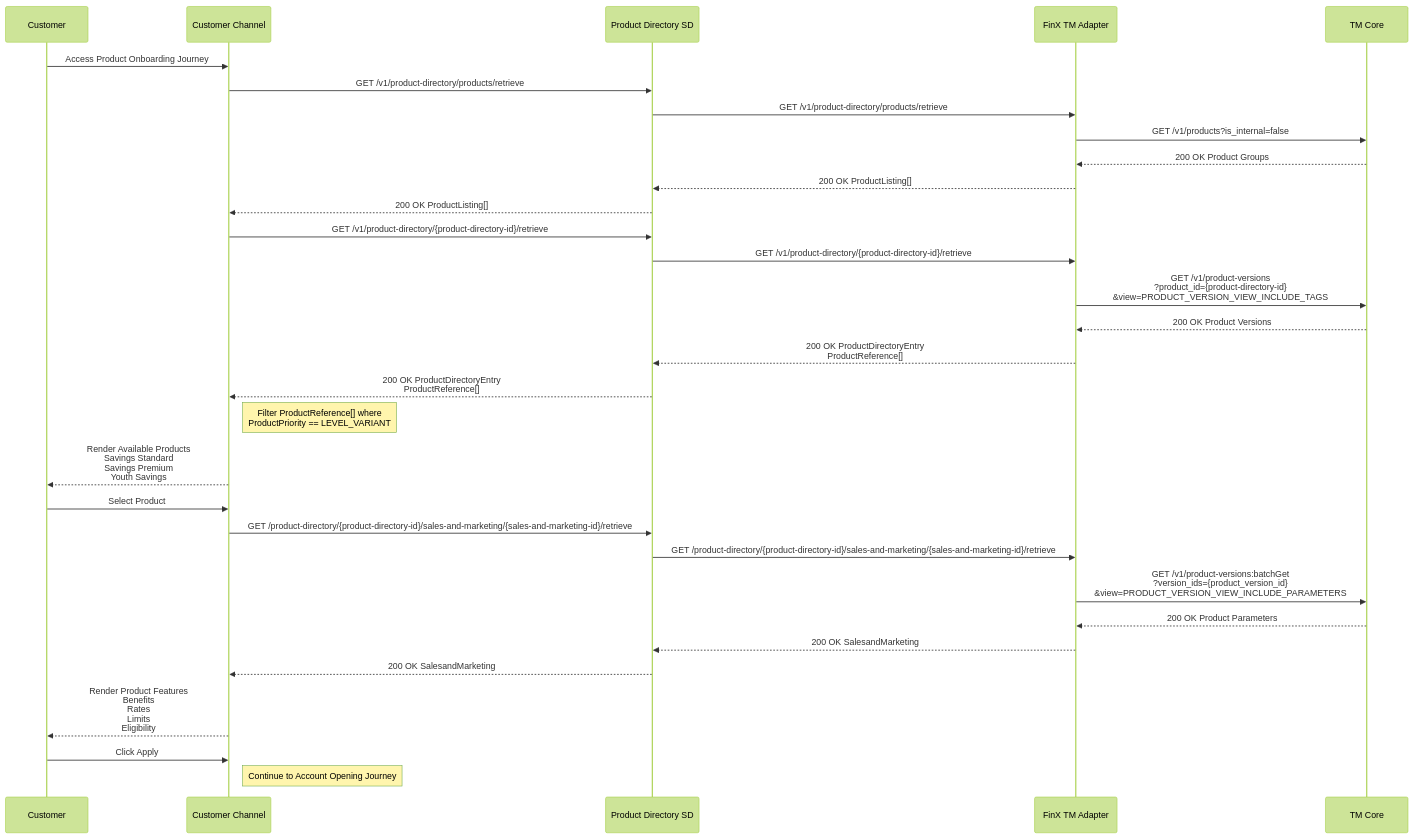
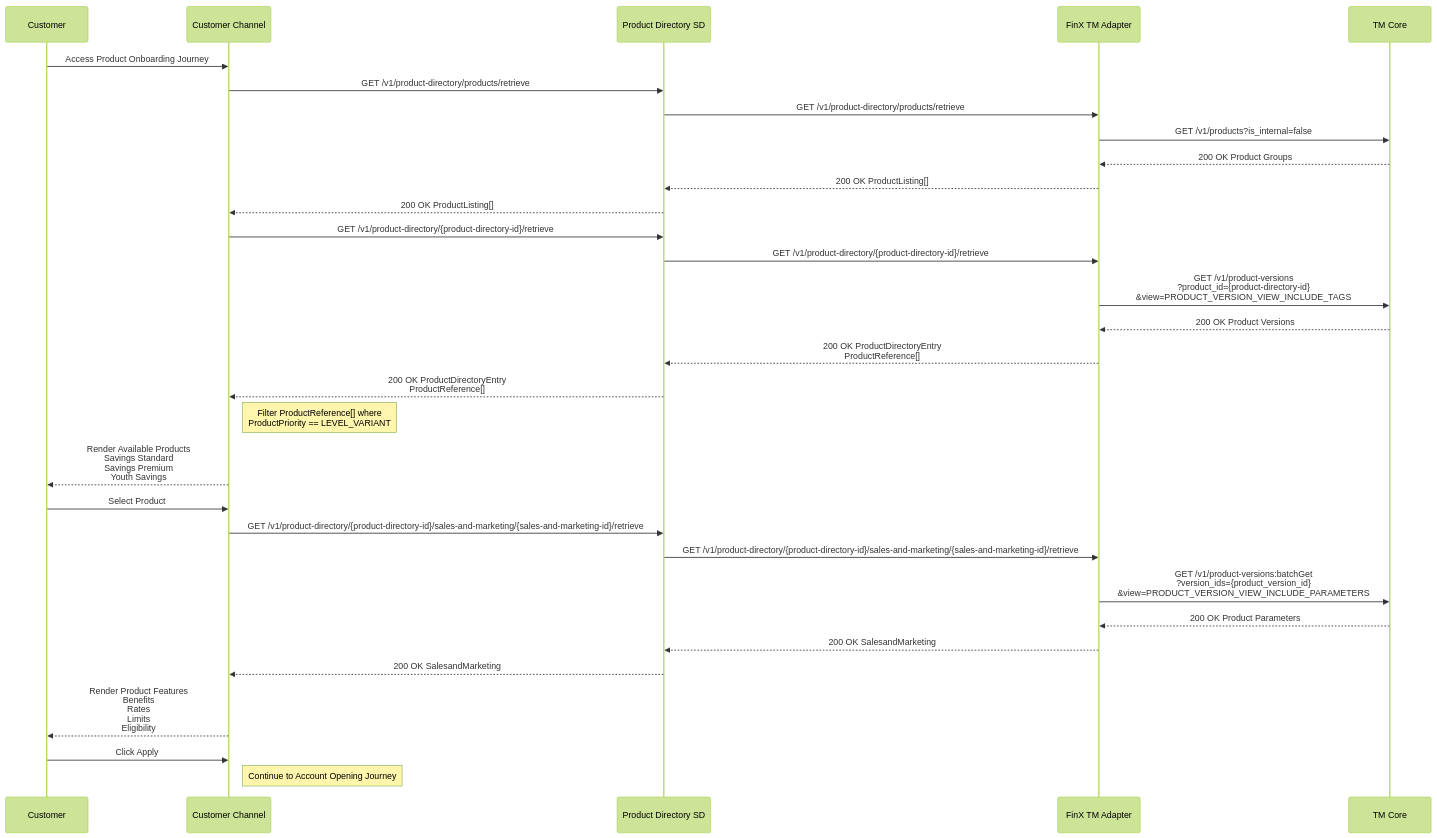
Before and after one commit to Simhadrikiran-295217/adapter-api-flows: the diagram in View Product Templates and Variants from core system.md, drawn with Mermaid (forest theme). The commit also changed other lines of this file, not shown here.

Commit message:
Update View Product Templates and Variants from core system.md

```diff
--- a/View Product Templates and Variants from core system.md
+++ b/View Product Templates and Variants from core system.md
@@ -59,10 +59,10 @@
     Customer->>Channel: Select Product
 
 
-    Channel->>PD: GET /product-directory/{product-directory-id}/sales-and-marketing/{sales-and-marketing-id}/retrieve
+    Channel->>PD: GET /v1/product-directory/{product-directory-id}/sales-and-marketing/{sales-and-marketing-id}/retrieve
 
 
-    PD->>Adapter: GET /product-directory/{product-directory-id}/sales-and-marketing/{sales-and-marketing-id}/retrieve
+    PD->>Adapter: GET /v1/product-directory/{product-directory-id}/sales-and-marketing/{sales-and-marketing-id}/retrieve
 
 
     Adapter->>Core: GET /v1/product-versions:batchGet<br/>?version_ids={product_version_id}<br/>&view=PRODUCT_VERSION_VIEW_INCLUDE_PARAMETERS
```
